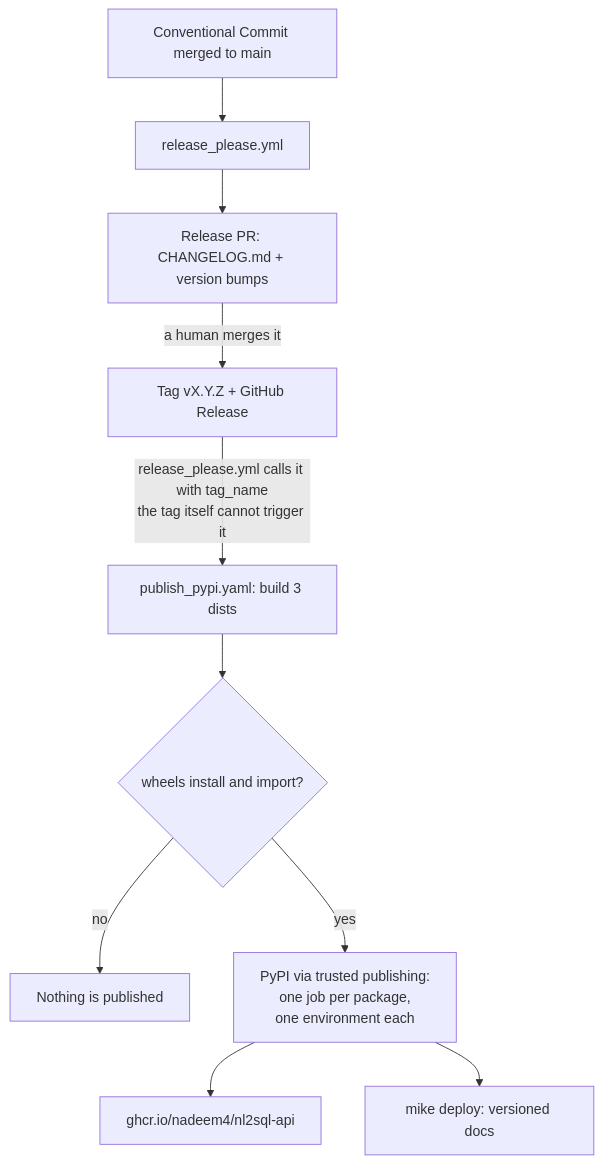
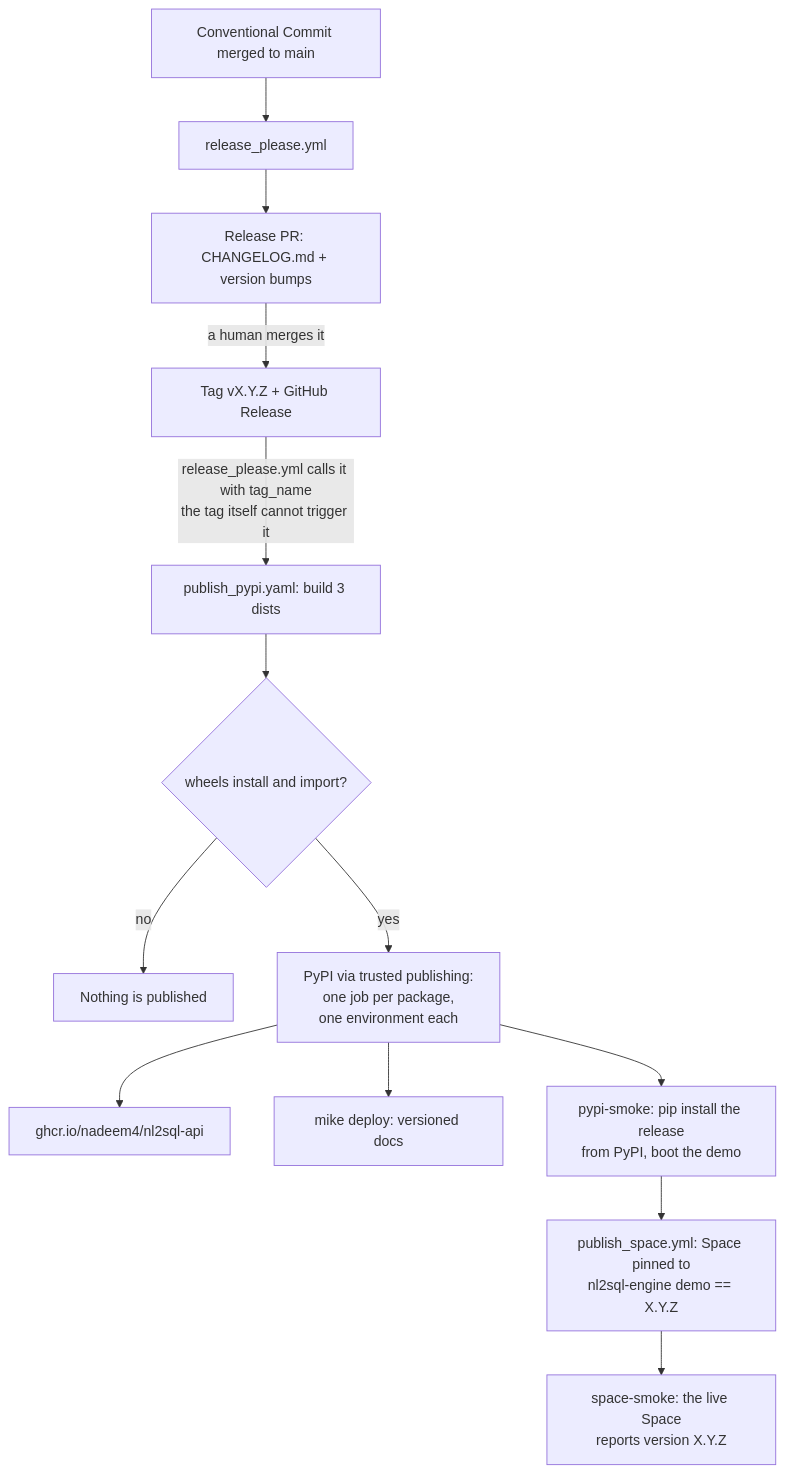
The first of 2 diagrams in docs/development/releasing.md (nadeem4/nl2sql), drawn with Mermaid before and after one commit. The commit also changed other lines of this file and 16 other files, not shown here.

First line of the commit message:
ci: deploy the Hugging Face Space from the release, pinned to PyPI (#196)

````diff
--- a/docs/development/releasing.md
+++ b/docs/development/releasing.md
@@ -14,12 +18,15 @@
 ```mermaid
 flowchart TD
     C[Conventional Commit merged to main] --> RP[release_please.yml]
     RP --> PR[Release PR: CHANGELOG.md + version bumps]
     PR -->|a human merges it| TAG[Tag vX.Y.Z + GitHub Release]
     TAG -->|release_please.yml calls it with tag_name<br/>the tag itself cannot trigger it| B[publish_pypi.yaml: build 3 dists]
     B --> S{wheels install and import?}
     S -->|no| STOP[Nothing is published]
     S -->|yes| PY[PyPI via trusted publishing:<br/>one job per package,<br/>one environment each]
     PY --> GH[ghcr.io/nadeem4/nl2sql-api]
     PY --> D[mike deploy: versioned docs]
+    PY --> PS[pypi-smoke: pip install the release<br/>from PyPI, boot the demo]
+    PS --> SP[publish_space.yml: Space pinned to<br/>nl2sql-engine demo == X.Y.Z]
+    SP --> SS[space-smoke: the live Space<br/>reports version X.Y.Z]
 ```
````
